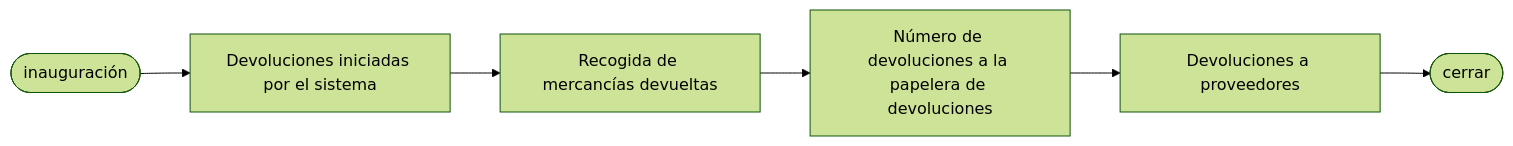
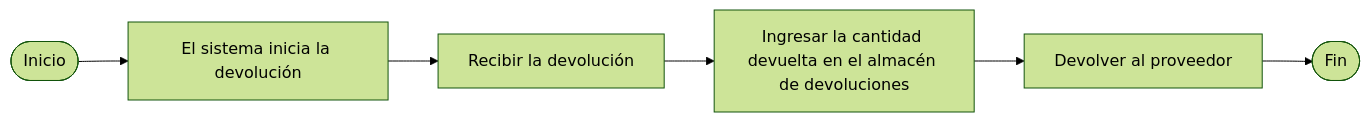
One commit to dlelyw/VTX_6501 changed the diagram in files/RTV_ESP.md. Above: the diagram before and after it, drawn with Mermaid (forest theme). The commit also changed other lines of this file and 14 other files, not shown here.

````diff
--- a/files/RTV_ESP.md
+++ b/files/RTV_ESP.md
@@ -3,8 +3,8 @@
 ```mermaid
 flowchart LR
-    A([inauguración]) --> B["Devoluciones iniciadas por el sistema"]
-    B --> C["Recogida de mercancías devueltas"]
-    C --> D["Número de devoluciones a la papelera de devoluciones"]
-    D --> E["Devoluciones a proveedores"]
-    E --> F([cerrar])
+    A([Inicio]) --> B["El sistema inicia la devolución"]
+    B --> C["Recibir la devolución"]
+    C --> D["Ingresar la cantidad devuelta en el almacén de devoluciones"]
+    D --> E["Devolver al proveedor"]
+    E --> F([Fin])
 ```
````
